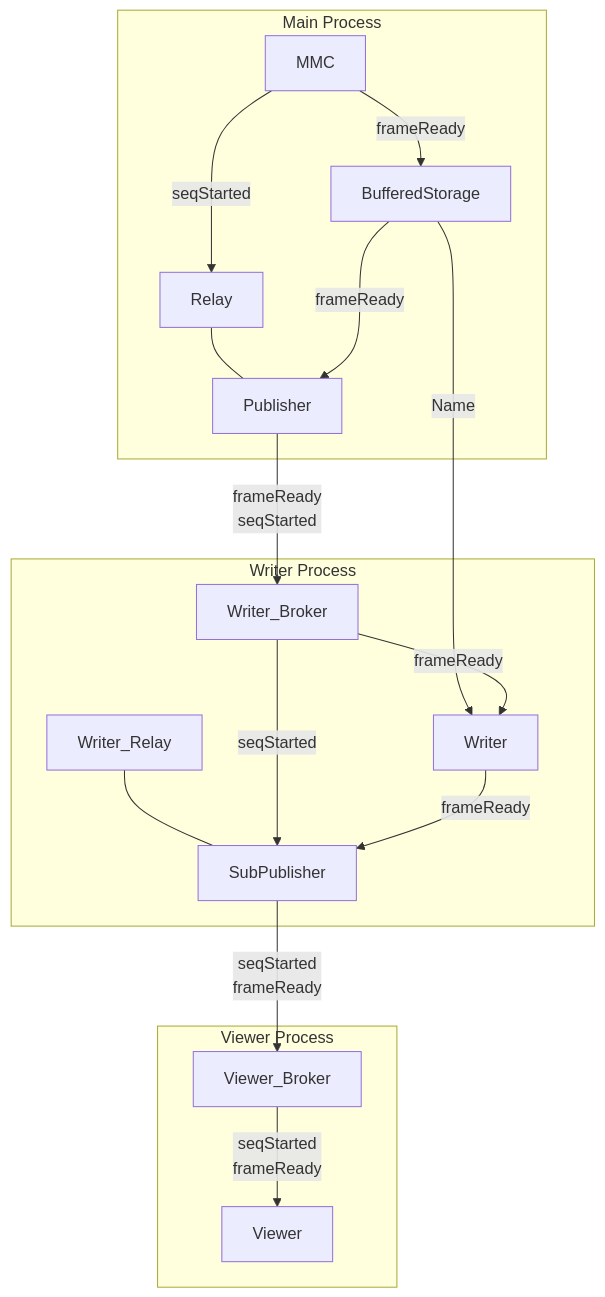
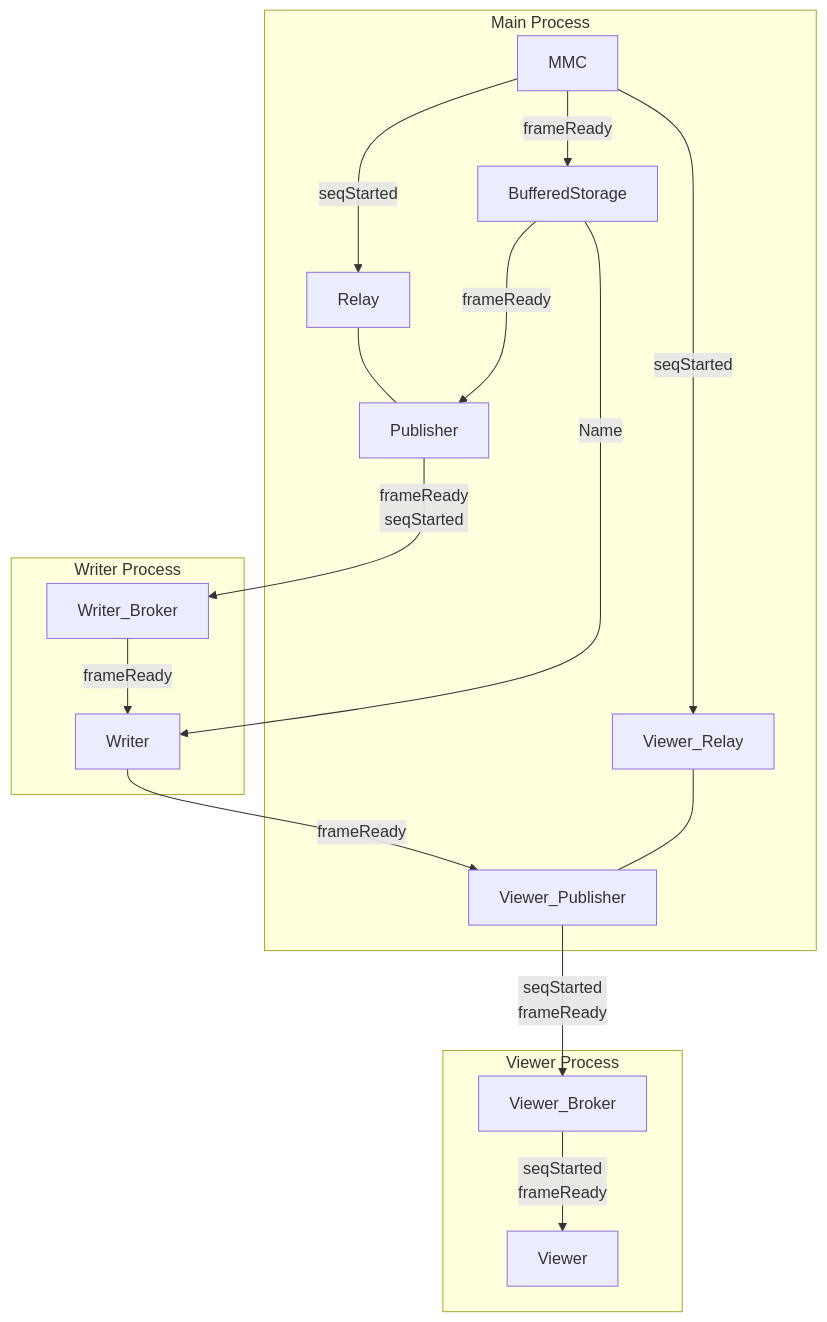
One commit to LEB-EPFL/iSIM changed the diagram in control/doc/output_comms.md. Above: the diagram before and after it, drawn with Mermaid.

Commit message:
update mp docs

````diff
--- a/control/doc/output_comms.md
+++ b/control/doc/output_comms.md
@@ -1,28 +1,31 @@
 ```mermaid
 flowchart TB;
 
     subgraph Main Process
         Publisher
         Relay --- Publisher
         MMC --seqStarted--> Relay
         MMC --frameReady--> BufferedStorage
         BufferedStorage -- frameReady ---> Publisher
+        MMC --seqStarted--> Viewer_Relay
+        Viewer_Relay --- Viewer_Publisher
     end
 
     Publisher --frameReady\nseqStarted--> Writer_Broker
 
     subgraph Writer Process
-        Writer_Relay --- SubPublisher
+
         BufferedStorage --Name--> Writer
         Writer_Broker -- frameReady --> Writer
-        Writer_Broker -- seqStarted --> SubPublisher
-        Writer --frameReady--> SubPublisher
+
+        Writer --frameReady--> Viewer_Publisher
     end
 
+    Viewer_Publisher --seqStarted\nframeReady--> Viewer_Broker
+
     subgraph Viewer Process
-        SubPublisher -- seqStarted\nframeReady --> Viewer_Broker
         Viewer_Broker --seqStarted\nframeReady--> Viewer
 
     end
 
 ```
````
